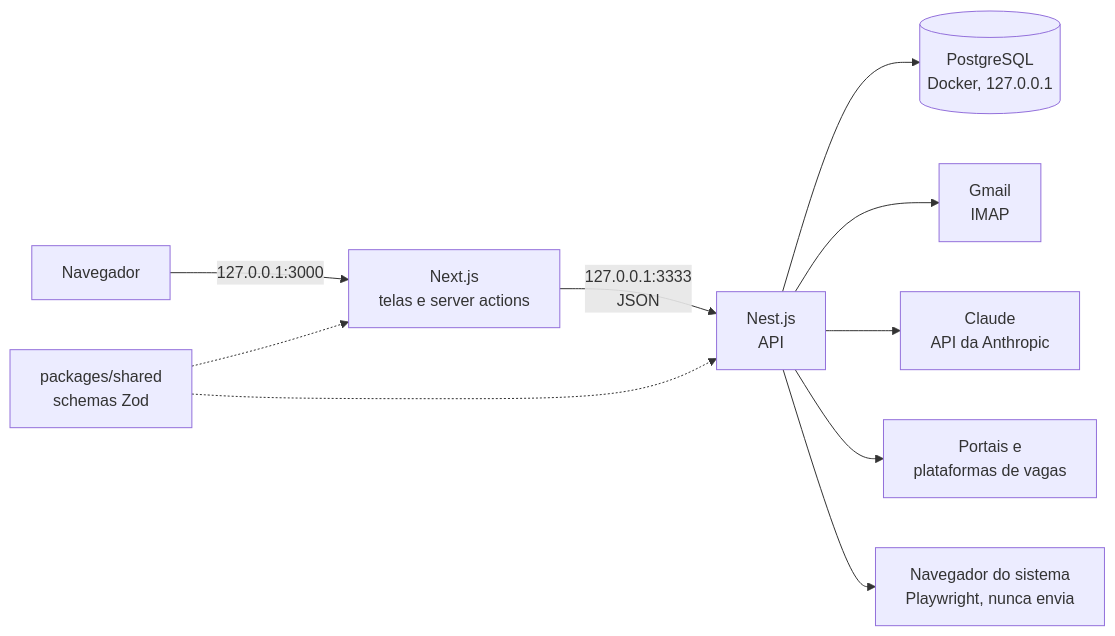
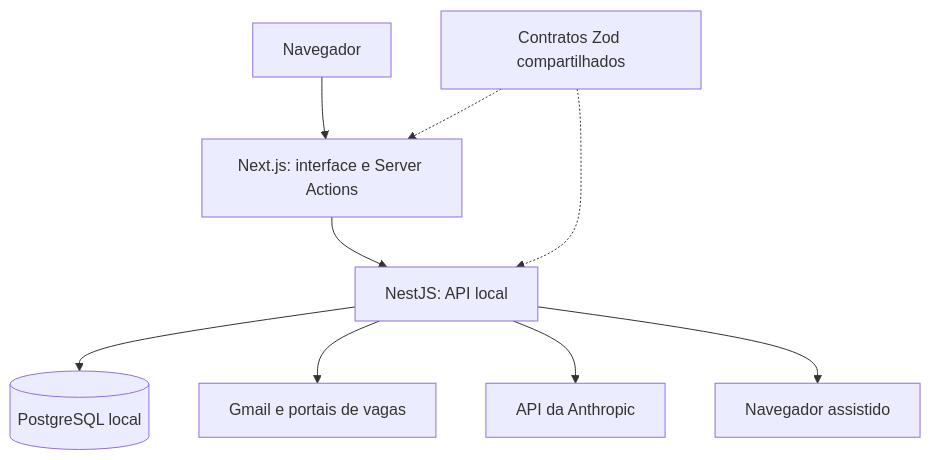
Before and after one commit to cassiodourado1/job-tracker-v2: the diagram in README.md, drawn with Mermaid. The commit also changed other lines of this file and 1 other file, not shown here.

````diff
--- a/README.md
+++ b/README.md
@@ -687,12 +169,11 @@
 ```mermaid
-flowchart LR
-    B["Navegador"] -->|"127.0.0.1:3000"| N["Next.js<br/>telas e server actions"]
-    N -->|"127.0.0.1:3333<br/>JSON"| A["Nest.js<br/>API"]
-    A --> DB[("PostgreSQL<br/>Docker, 127.0.0.1")]
-    A --> IMAP["Gmail<br/>IMAP"]
-    A --> CL["Claude<br/>API da Anthropic"]
-    A --> PT["Portais e<br/>plataformas de vagas"]
-    A --> PW["Navegador do sistema<br/>Playwright, nunca envia"]
-    S["packages/shared<br/>schemas Zod"] -.-> N
+flowchart TD
+    B["Navegador"] --> N["Next.js: interface e Server Actions"]
+    N --> A["NestJS: API local"]
+    S["Contratos Zod compartilhados"] -.-> N
     S -.-> A
+    A --> D[("PostgreSQL local")]
+    A --> E["Gmail e portais de vagas"]
+    A --> C["API da Anthropic"]
+    A --> P["Navegador assistido"]
 ```
````
